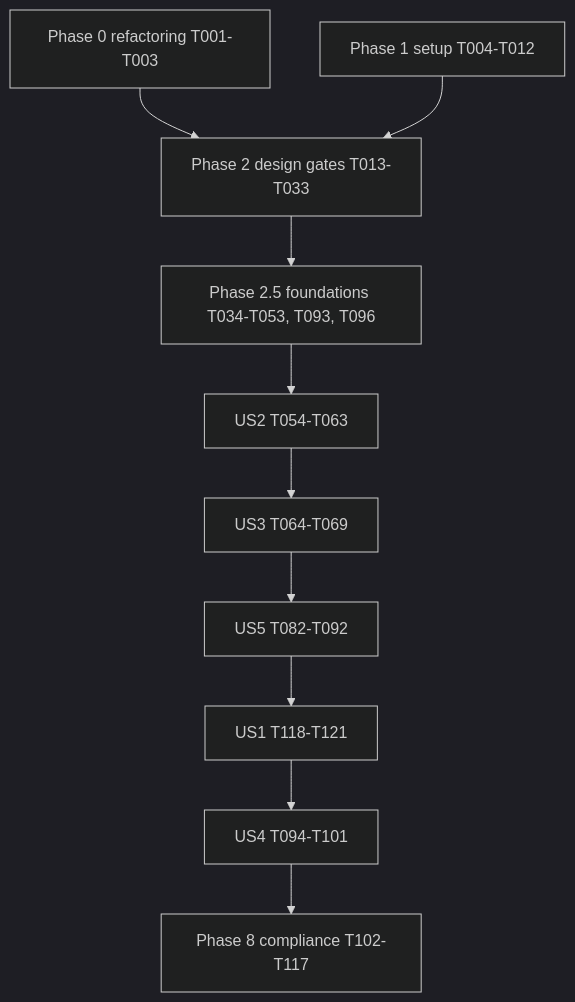
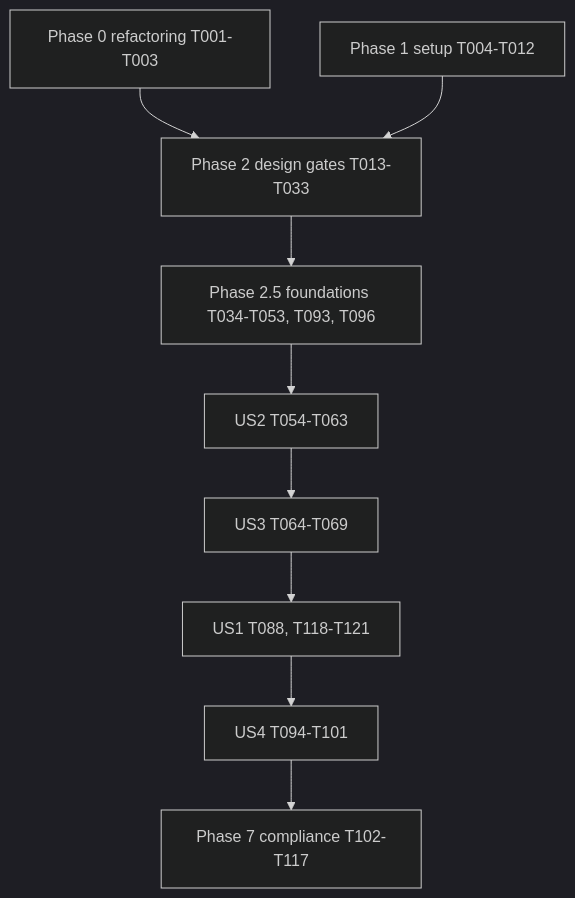
Before and after one commit to zalando-incubator/agentic-identity-broker: the diagram in specs/20261123-194542-decision-model-tool-approvals/tasks.md, drawn with Mermaid (dark theme). The commit also changed other lines of this file and 12 other files, not shown here.

````diff
--- a/specs/20261123-194542-decision-model-tool-approvals/tasks.md
+++ b/specs/20261123-194542-decision-model-tool-approvals/tasks.md
@@ -300,12 +269,11 @@
 ```mermaid
 flowchart TD
   P0["Phase 0 refactoring T001-T003"] --> P2["Phase 2 design gates T013-T033"]
   P1["Phase 1 setup T004-T012"] --> P2
   P2 --> F["Phase 2.5 foundations T034-T053, T093, T096"]
   F --> US2["US2 T054-T063"]
   US2 --> US3["US3 T064-T069"]
-  US3 --> US5["US5 T082-T092"]
-  US5 --> US1["US1 T118-T121"]
+  US3 --> US1["US1 T088, T118-T121"]
   US1 --> US4["US4 T094-T101"]
-  US4 --> N["Phase 8 compliance T102-T117"]
+  US4 --> N["Phase 7 compliance T102-T117"]
 ```
````
